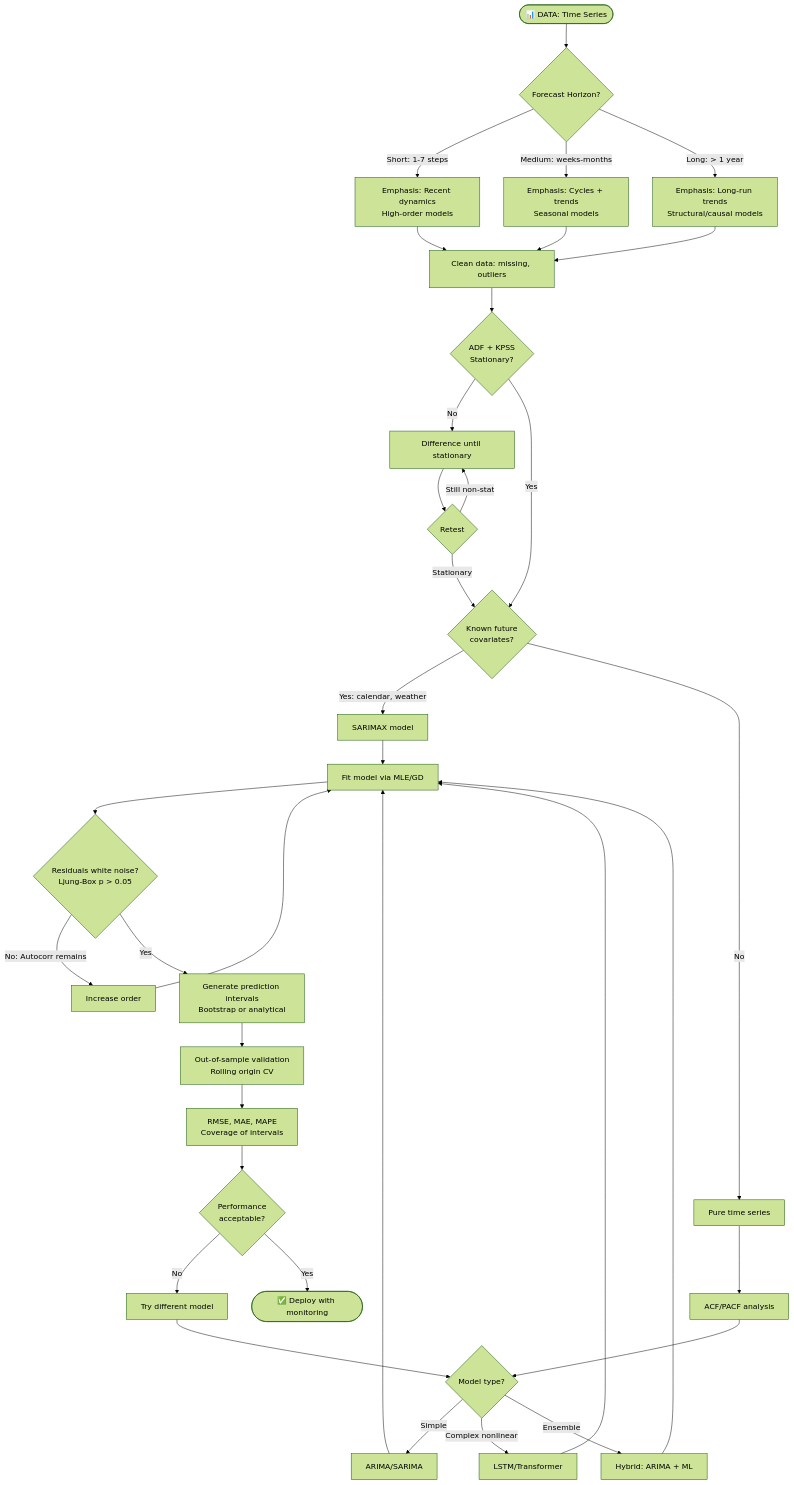
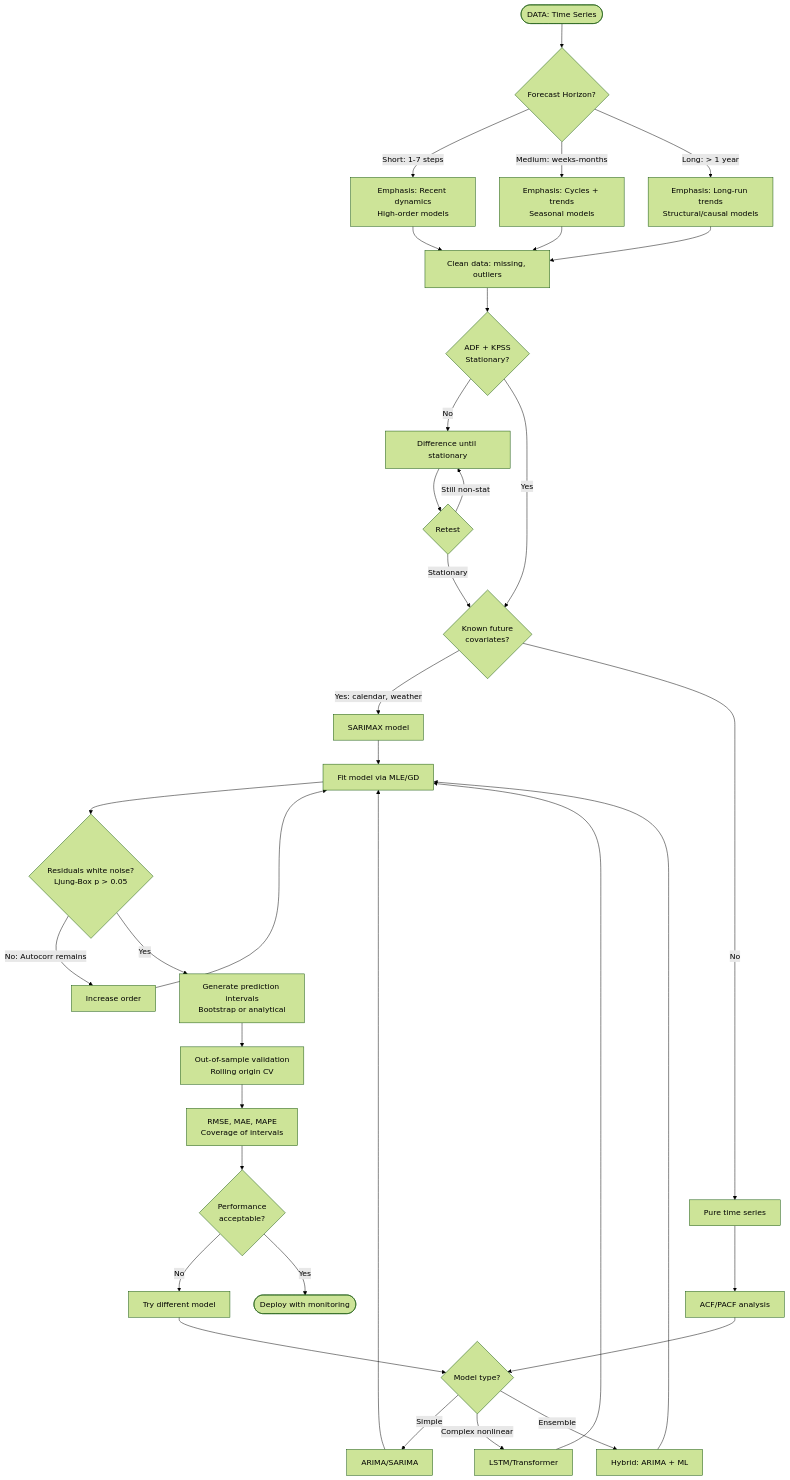
Before and after one commit to Shuxin-Y/time-series-analysis-manual: the first of 8 diagrams in docs/01-master-flowchart/02-purpose-workflow.md, drawn with Mermaid (forest theme). The commit also changed other lines of this file and 3 other files, not shown here.

First line of the commit message:
Enable Mermaid rendering and remove all emojis from flowcharts

````diff
--- a/docs/01-master-flowchart/02-purpose-workflow.md
+++ b/docs/01-master-flowchart/02-purpose-workflow.md
@@ -28,69 +28,69 @@
 ```mermaid
 graph TD
-    START([📊 DATA: Time Series]) --> HORIZON
+    START([DATA: Time Series]) --> HORIZON
 
     HORIZON{Forecast Horizon?}
     HORIZON -->|Short: 1-7 steps| SHORT_PREP
     HORIZON -->|Medium: weeks-months| MED_PREP
     HORIZON -->|Long: > 1 year| LONG_PREP
 
     SHORT_PREP[Emphasis: Recent dynamics<br/>High-order models]
     MED_PREP[Emphasis: Cycles + trends<br/>Seasonal models]
     LONG_PREP[Emphasis: Long-run trends<br/>Structural/causal models]
 
     SHORT_PREP --> DATA_PREP
     MED_PREP --> DATA_PREP
     LONG_PREP --> DATA_PREP
 
     DATA_PREP[Clean data: missing, outliers]
     DATA_PREP --> STATION
 
     STATION{ADF + KPSS<br/>Stationary?}
     STATION -->|No| DIFF[Difference until stationary]
     STATION -->|Yes| EXOG
 
     DIFF --> RETEST{Retest}
     RETEST -->|Still non-stat| DIFF
     RETEST -->|Stationary| EXOG
 
     EXOG{Known future<br/>covariates?}
     EXOG -->|Yes: calendar, weather| SARIMAX[SARIMAX model]
     EXOG -->|No| PURE_TS[Pure time series]
 
     SARIMAX --> MODEL_FIT
     PURE_TS --> ACF_CHECK
 
     ACF_CHECK[ACF/PACF analysis]
     ACF_CHECK --> MODEL_SELECT{Model type?}
 
     MODEL_SELECT -->|Simple| ARIMA[ARIMA/SARIMA]
     MODEL_SELECT -->|Complex nonlinear| ML[LSTM/Transformer]
     MODEL_SELECT -->|Ensemble| HYBRID[Hybrid: ARIMA + ML]
 
     ARIMA --> MODEL_FIT
     ML --> MODEL_FIT
     HYBRID --> MODEL_FIT
 
     MODEL_FIT[Fit model via MLE/GD]
     MODEL_FIT --> RESID_DIAG
 
     RESID_DIAG{Residuals white noise?<br/>Ljung-Box p > 0.05}
     RESID_DIAG -->|No: Autocorr remains| INC_ORDER[Increase order]
     RESID_DIAG -->|Yes| INTERVALS
 
     INC_ORDER --> MODEL_FIT
 
     INTERVALS[Generate prediction intervals<br/>Bootstrap or analytical]
     INTERVALS --> OOS
 
     OOS[Out-of-sample validation<br/>Rolling origin CV]
     OOS --> METRICS[RMSE, MAE, MAPE<br/>Coverage of intervals]
 
     METRICS --> ACCEPT{Performance<br/>acceptable?}
     ACCEPT -->|No| REMODEL[Try different model]
     ACCEPT -->|Yes| DEPLOY
 
     REMODEL --> MODEL_SELECT
 
-    DEPLOY([✅ Deploy with monitoring])
+    DEPLOY([Deploy with monitoring])
 ```
````
